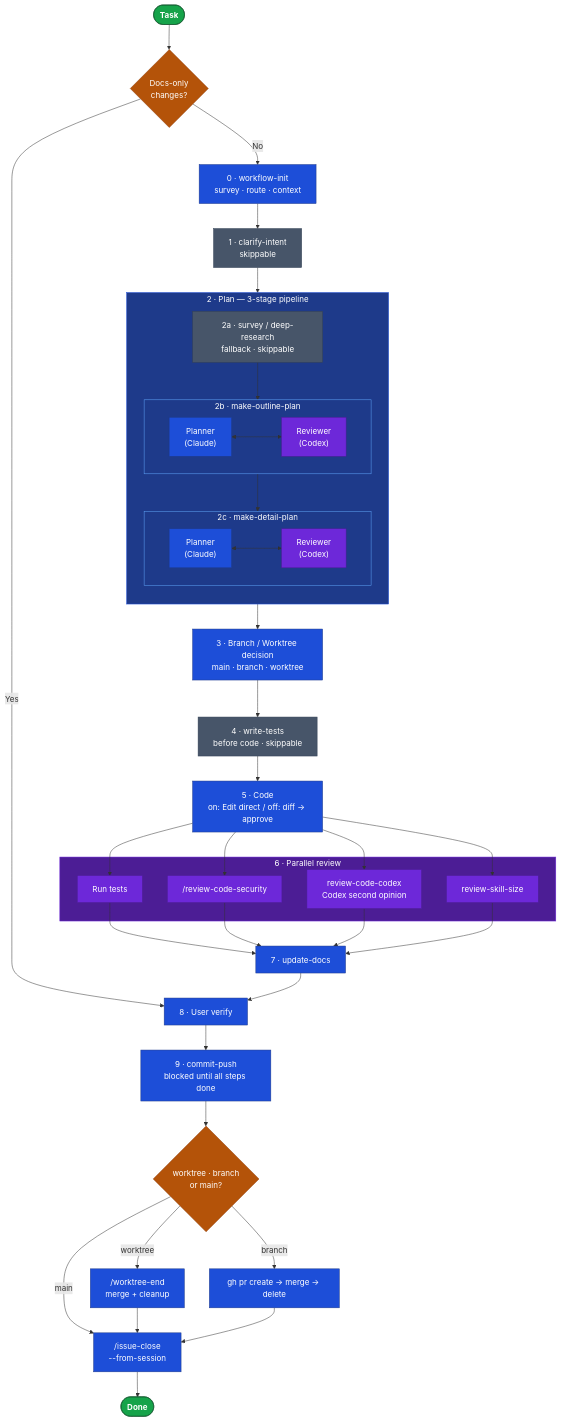
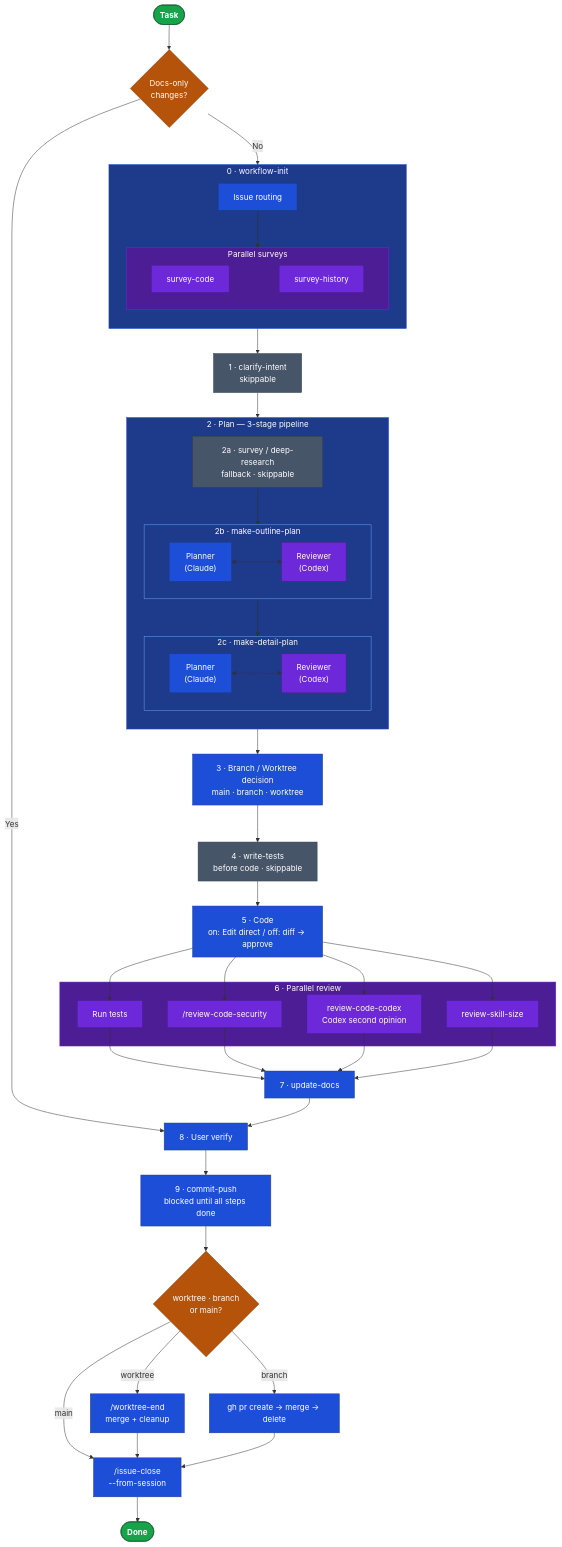
The diagram in README.md (nirecom/agents), drawn with Mermaid before and after one commit. The commit also changed 1 other file, not shown here.

Commit message:
docs(#348): refine workflow-init subgraph layout in README mermaid + backfill history.md
README: nest workflow-init as a subgraph (S0_sg) containing Issue routing
and a Parallel surveys row (S0_surv: survey-code | survey-history), mirroring
Plan's 2b/2c nested structure. Simplifies the visual representation of
workflow-init's actual two-phase shape.

history.md: append the pending /issue-close --from-session entries that were
written but never committed:
- #318 (3100148): show-user-verified-context PostToolUse -> PreToolUse migration
- #348 (2978288): initial README mermaid workflow chart update

````diff
--- a/README.md
+++ b/README.md
@@ -23,65 +23,77 @@
 ```mermaid
 flowchart TD
     classDef terminal  fill:#16a34a,stroke:#14532d,color:#fff,font-weight:bold
     classDef decision  fill:#b45309,stroke:#92400e,color:#fff
     classDef skippable fill:#475569,stroke:#334155,color:#fff
     classDef required  fill:#1d4ed8,stroke:#1e3a8a,color:#fff
     classDef parallel  fill:#6d28d9,stroke:#4c1d95,color:#fff
 
     Task([Task]) --> DocCheck{Docs-only<br/>changes?}
     DocCheck -- Yes --> UV["8 · User verify"]
-    DocCheck -- No  --> S0["0 · workflow-init<br/>survey · route · context"]
+    DocCheck -- No  --> S0_sg
 
-    S0  --> S1["1 · clarify-intent<br/>skippable"]
+    subgraph S0_sg["0 · workflow-init"]
+        direction TB
+        S0_R["Issue routing"]
+        subgraph S0_surv["Parallel surveys"]
+            direction LR
+            S0_SC["survey-code"] ~~~ S0_SH["survey-history"]
+        end
+        S0_R --> S0_surv
+    end
+
+    S0_sg --> S1["1 · clarify-intent<br/>skippable"]
     S1  --> P2a
 
     subgraph Plan["2 · Plan  —  3-stage pipeline"]
         direction TB
         P2a["2a · survey / deep-research<br/>fallback · skippable"] --> P2b_sg
         subgraph P2b_sg["2b · make-outline-plan"]
             direction LR
             P2b_L["Planner<br/>(Claude)"] <--> P2b_R["Reviewer<br/>(Codex)"]
         end
         P2b_sg --> P2c_sg
         subgraph P2c_sg["2c · make-detail-plan"]
             direction LR
             P2c_L["Planner<br/>(Claude)"] <--> P2c_R["Reviewer<br/>(Codex)"]
         end
     end
 
     Plan --> S3["3 · Branch / Worktree decision<br/>main · branch · worktree"]
     S3   --> S4["4 · write-tests<br/>before code · skippable"]
     S4   --> S5["5 · Code<br/>on: Edit direct / off: diff → approve"]
 
     S5 --> S6a & S6b & S6c & S6d
 
     subgraph Review["6 · Parallel review"]
         S6a["Run tests"]
         S6b["/review-code-security"]
         S6c["review-code-codex<br/>Codex second opinion"]
         S6d["review-skill-size"]
     end
 
     S6a & S6b & S6c & S6d --> S7["7 · update-docs"]
     S7 --> UV
     UV --> S9["9 · commit-push<br/>blocked until all steps done"]
 
     S9 --> Cleanup{worktree · branch<br/>or main?}
     Cleanup -- worktree --> WE["/worktree-end<br/>merge + cleanup"]
     Cleanup -- branch   --> PR["gh pr create → merge → delete"]
     Cleanup -- main     --> IC["/issue-close<br/>--from-session"]
     WE --> IC
     PR --> IC
     IC --> Done([Done])
 
+    style S0_sg  fill:#1e3a8a,stroke:#1d4ed8,color:#fff
+    style S0_surv fill:#4c1d95,stroke:#6d28d9,color:#fff
     style Plan   fill:#1e3a8a,stroke:#1d4ed8,color:#fff
     style P2b_sg fill:#1e3a8a,stroke:#60a5fa,color:#fff
     style P2c_sg fill:#1e3a8a,stroke:#60a5fa,color:#fff
     style Review fill:#4c1d95,stroke:#6d28d9,color:#fff
 
     class Task,Done terminal
     class DocCheck,Cleanup decision
     class S1,P2a,S4 skippable
-    class P2b_L,P2c_L,S0,S3,S5,S7,UV,S9,WE,PR,IC required
-    class P2b_R,P2c_R,S6a,S6b,S6c,S6d parallel
+    class P2b_L,P2c_L,S0_R,S3,S5,S7,UV,S9,WE,PR,IC required
+    class P2b_R,P2c_R,S0_SC,S0_SH,S6a,S6b,S6c,S6d parallel
 ```
````
